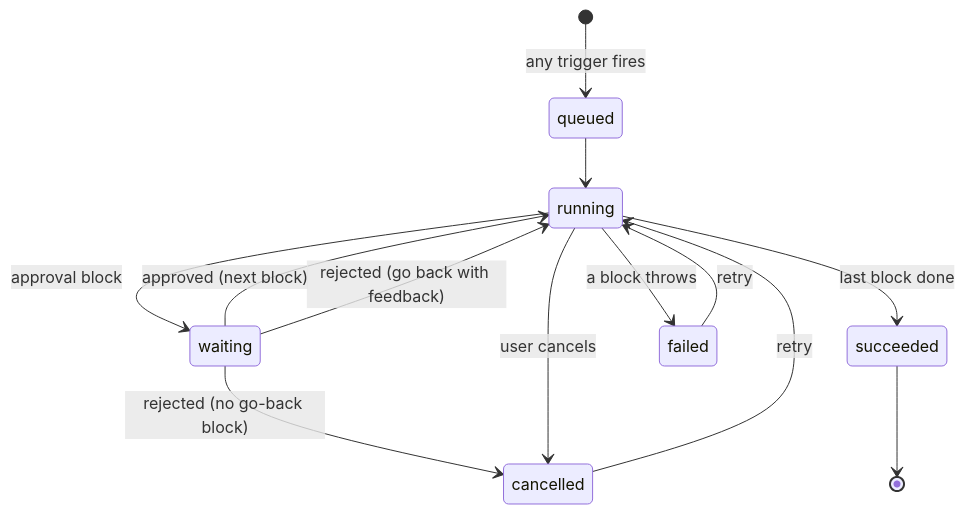
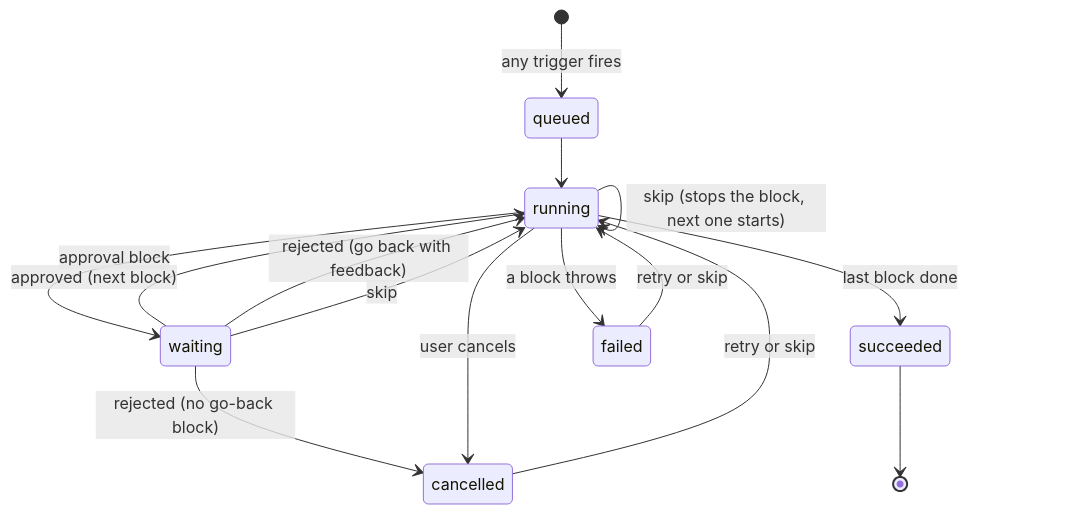
Before and after one commit to murilopereirame/automatic-system: the second of 9 diagrams in docs/ARCHITECTURE.md, drawn with Mermaid. The commit also changed other lines of this file and 7 other files, not shown here.

First line of the commit message:
Add a way to skip the block a run is at

````diff
--- a/docs/ARCHITECTURE.md
+++ b/docs/ARCHITECTURE.md
@@ -77,15 +77,17 @@
 ```mermaid
 stateDiagram-v2
     [*] --> queued: any trigger fires
     queued --> running
     running --> waiting: approval block
     waiting --> running: approved (next block)
     waiting --> running: rejected (go back with feedback)
     waiting --> cancelled: rejected (no go-back block)
     running --> succeeded: last block done
     running --> failed: a block throws
     running --> cancelled: user cancels
-    failed --> running: retry
-    cancelled --> running: retry
+    failed --> running: retry or skip
+    cancelled --> running: retry or skip
+    waiting --> running: skip
+    running --> running: skip (stops the block, next one starts)
     succeeded --> [*]
 ```
````
